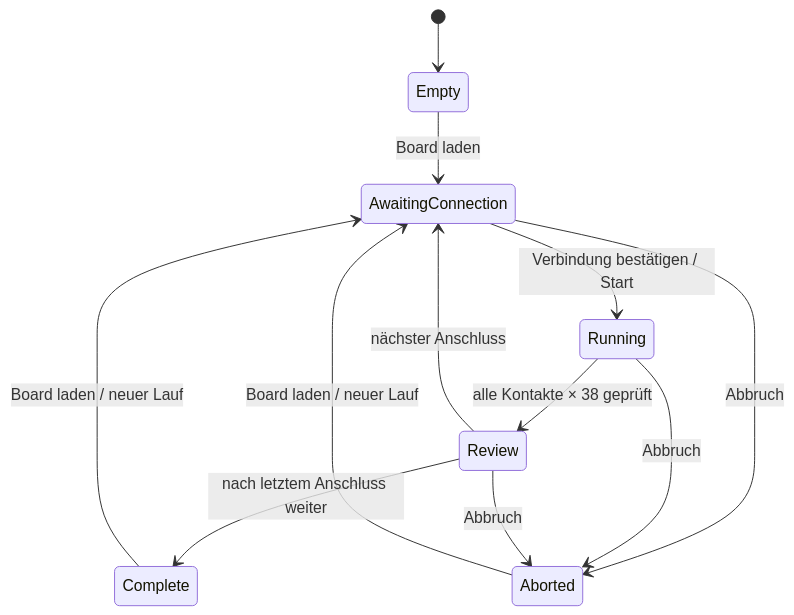
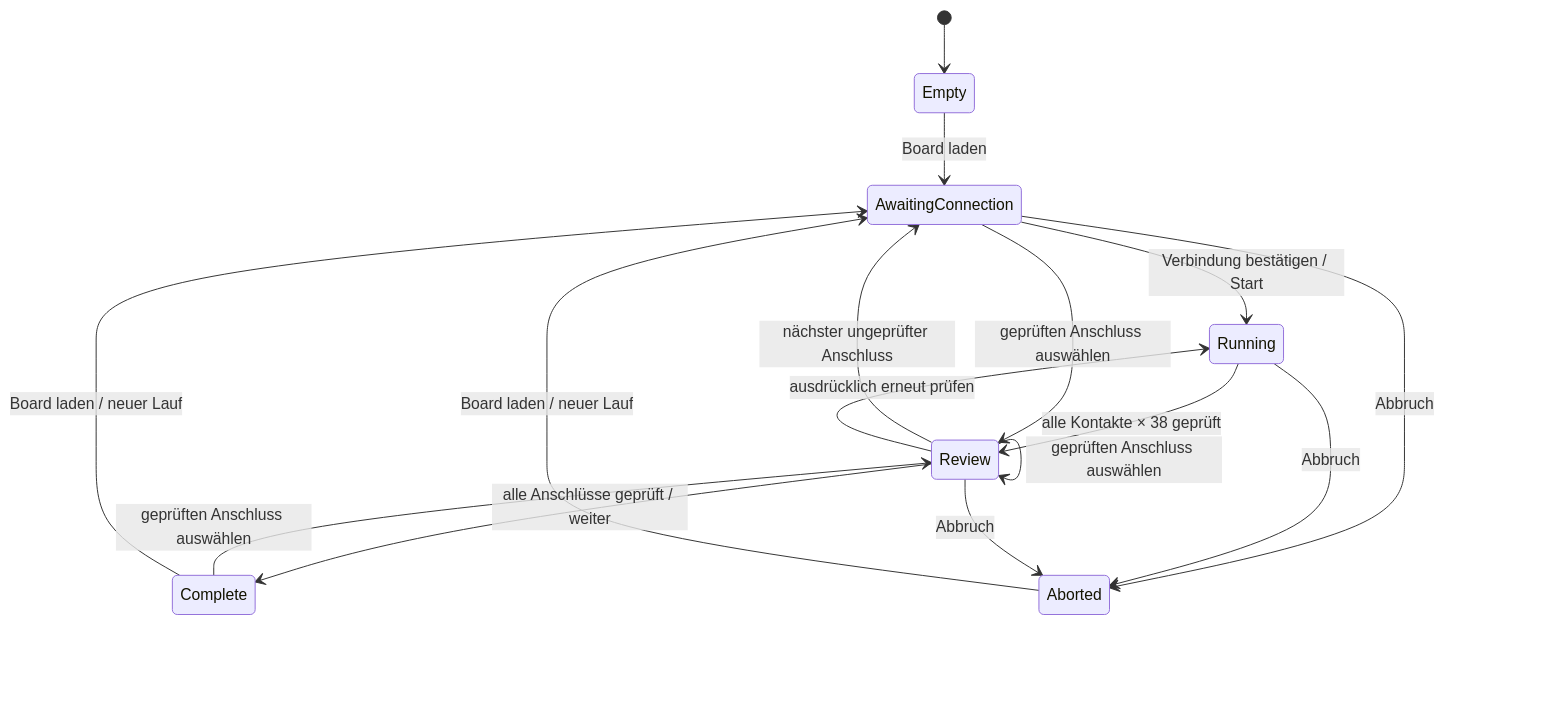
One commit to magicamun/EnvNode changed the diagram in docs/TestBoardApplication.md. Above: the diagram before and after it, drawn with Mermaid. The commit also changed other lines of this file and 10 other files, not shown here.

````diff
--- a/docs/TestBoardApplication.md
+++ b/docs/TestBoardApplication.md
@@ -103,14 +109,18 @@
 ```mermaid
 stateDiagram-v2
     [*] --> Empty
     Empty --> AwaitingConnection: Board laden
     AwaitingConnection --> Running: Verbindung bestätigen / Start
     Running --> Review: alle Kontakte × 38 geprüft
-    Review --> AwaitingConnection: nächster Anschluss
-    Review --> Complete: nach letztem Anschluss weiter
+    Review --> AwaitingConnection: nächster ungeprüfter Anschluss
+    Review --> Running: ausdrücklich erneut prüfen
+    Review --> Review: geprüften Anschluss auswählen
+    AwaitingConnection --> Review: geprüften Anschluss auswählen
+    Complete --> Review: geprüften Anschluss auswählen
+    Review --> Complete: alle Anschlüsse geprüft / weiter
     AwaitingConnection --> Aborted: Abbruch
     Running --> Aborted: Abbruch
     Review --> Aborted: Abbruch
     Complete --> AwaitingConnection: Board laden / neuer Lauf
     Aborted --> AwaitingConnection: Board laden / neuer Lauf
 ```
````
